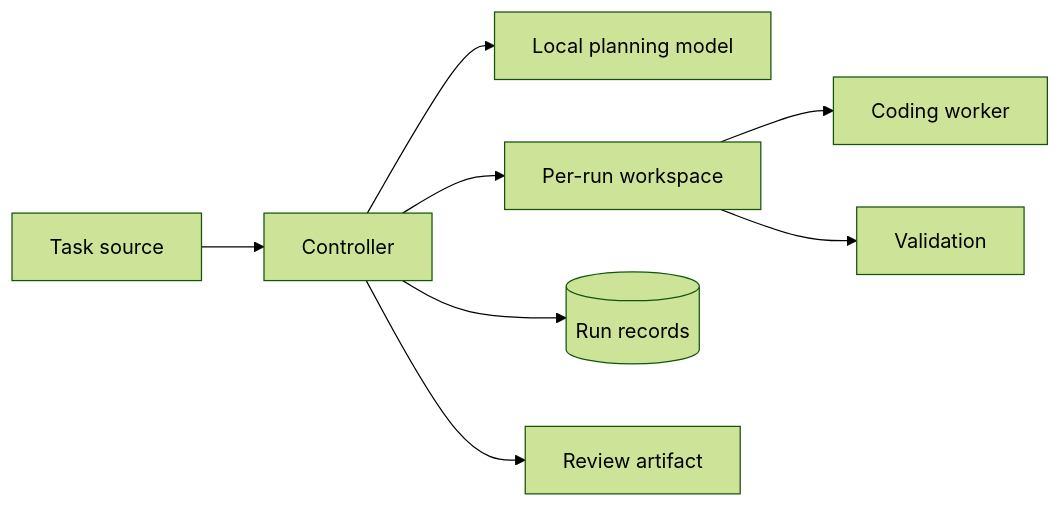
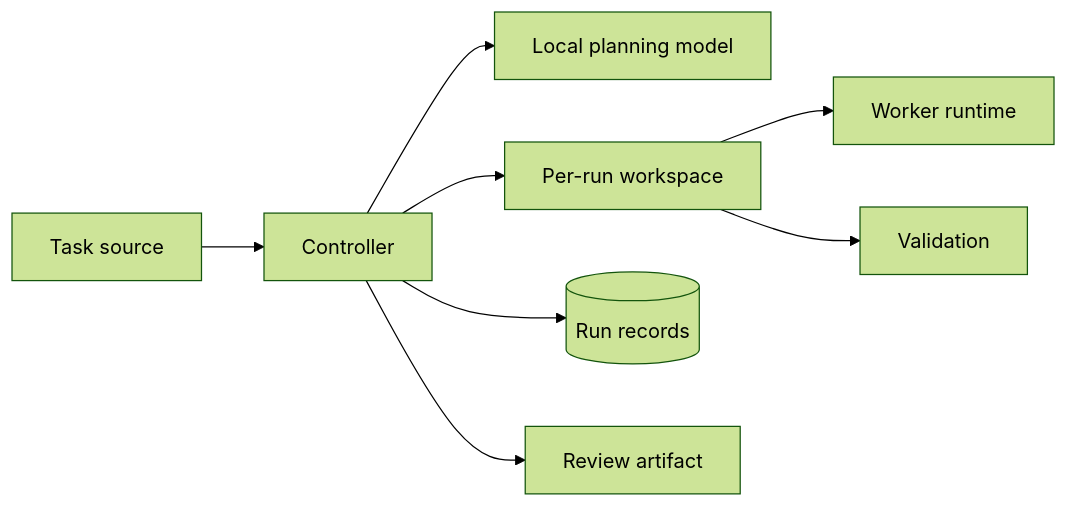
The diagram in docs/HLD.md (jcsduncan/engineering-orchestrator), drawn with Mermaid (forest theme) before and after one commit. The commit also changed other lines of this file and 4 other files, not shown here.

````diff
--- a/docs/HLD.md
+++ b/docs/HLD.md
@@ -11,10 +11,10 @@
 ```mermaid
 flowchart LR
     Task[Task source] --> Controller[Controller]
     Controller --> Planner[Local planning model]
     Controller --> Workspace[Per-run workspace]
-    Workspace --> Worker[Coding worker]
+    Workspace --> Worker[Worker runtime]
     Workspace --> Checks[Validation]
     Controller --> Records[(Run records)]
     Controller --> Review[Review artifact]
 ```
````
